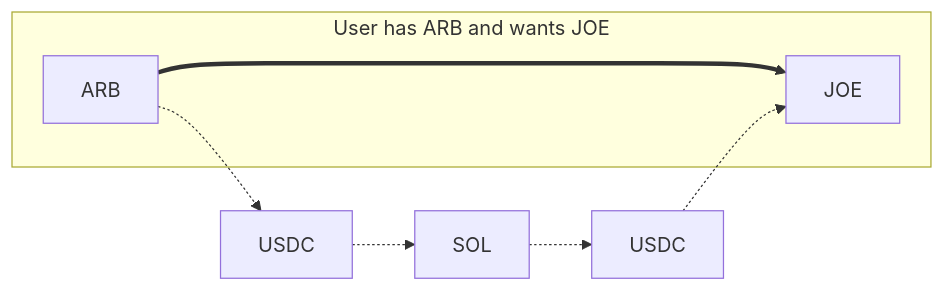
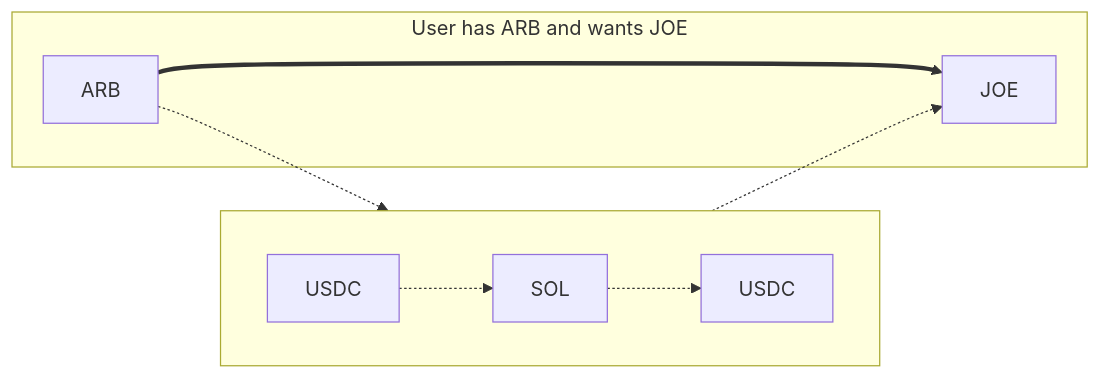
One commit to wormhole-foundation/wormhole-docs changed the second of 2 diagrams in products/settlement/overview.md. Above: the diagram before and after it, drawn with Mermaid. The commit also changed other lines of this file, not shown here.

Commit message:
mermaid diagrams updates

````diff
--- a/products/settlement/overview.md
+++ b/products/settlement/overview.md
@@ -79,12 +76,15 @@
 ```mermaid
 flowchart LR
 
     subgraph TOP [User has ARB and wants JOE]
         ARB[ARB] ==> JOE[JOE]
     end
 
-    ARB -.-> USDC1[USDC]
-    USDC1 -.-> SOL
-    SOL -.-> USDC2[USDC]
-    USDC2 -.-> JOE
+    subgraph B[" "]
+        direction LR
+        ARB -.-> USDC1[USDC]
+        USDC1 -.-> SOL
+        SOL -.-> USDC2[USDC]
+        USDC2 -.-> JOE
+    end
 ```
````
